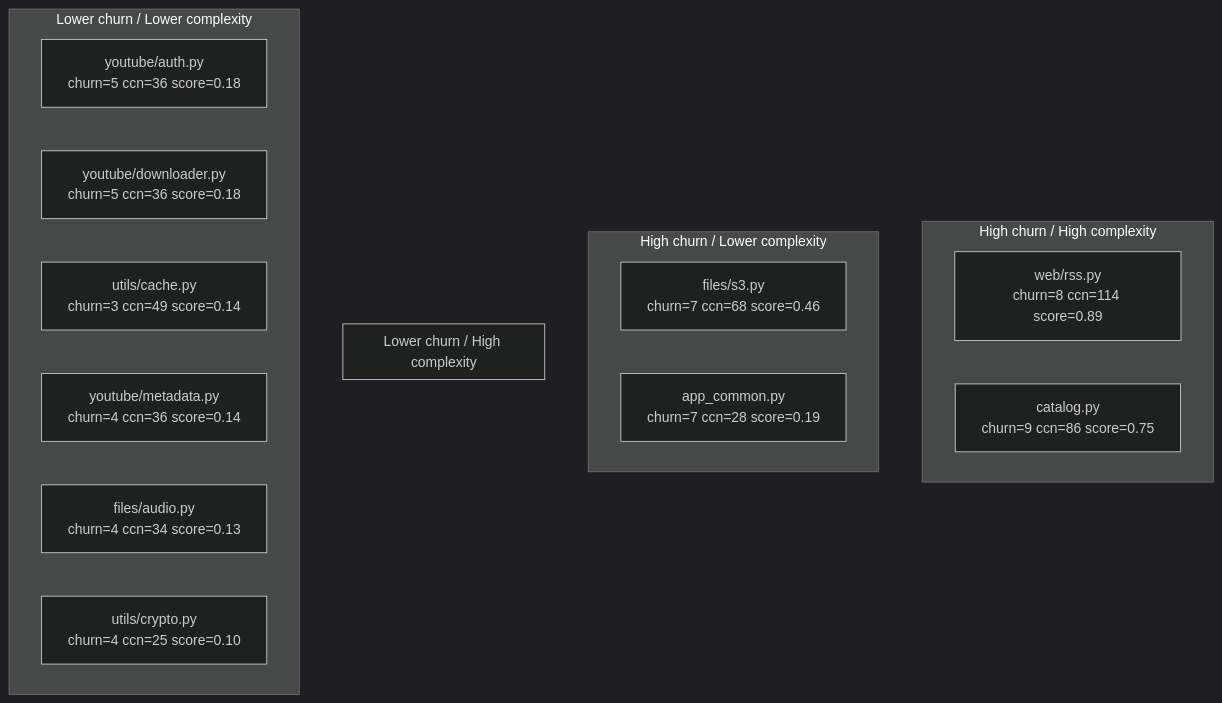
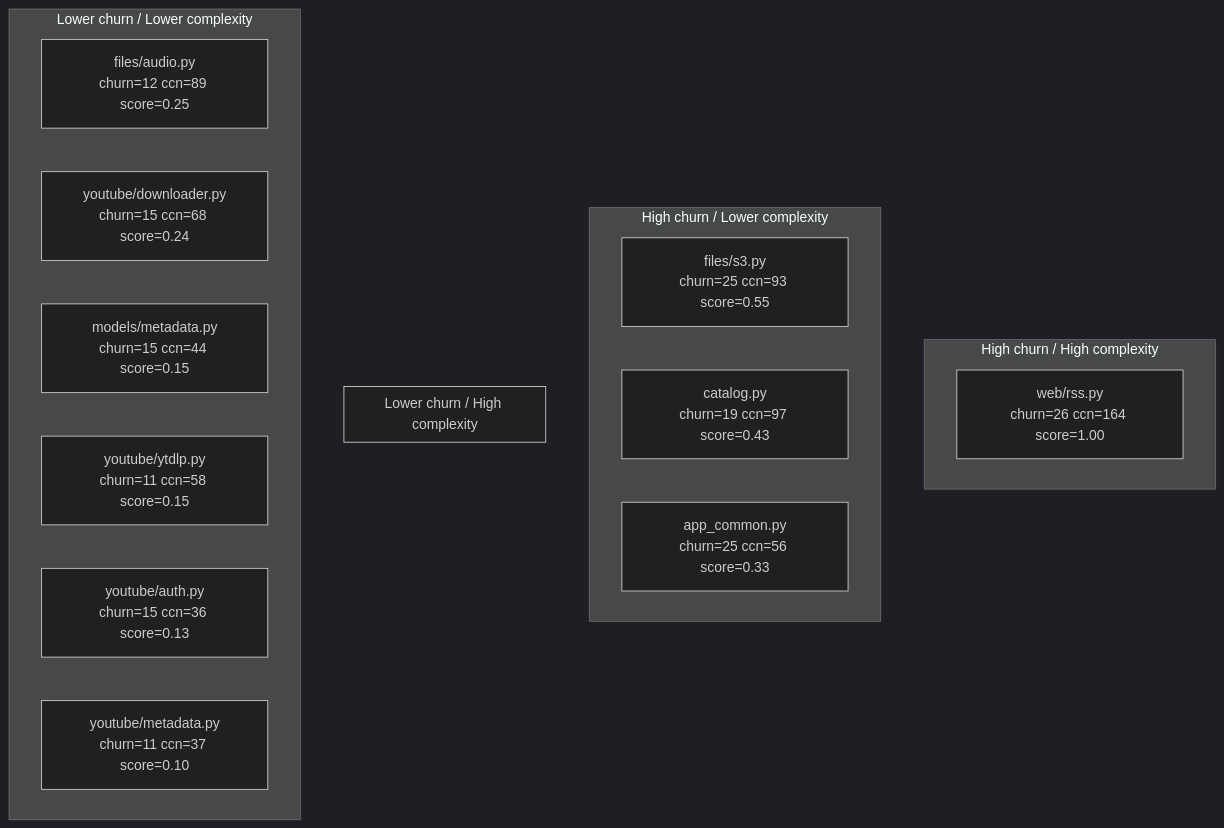
The second of 2 diagrams in docs/PLAYBOOK.md (BinaryBand/adrift), drawn with Mermaid (dark theme) before and after one commit. The commit also changed other lines of this file and 1 other file, not shown here.

Commit message:
docs: update CONTRIBUTING and PLAYBOOK with improved setup instructions and module dependency diagrams

````diff
--- a/docs/PLAYBOOK.md
+++ b/docs/PLAYBOOK.md
@@ -102,21 +171,21 @@
 ```mermaid
 graph TD
     subgraph sg_hh["High churn / High complexity"]
-        src_web_rss_py["web/rss.py\nchurn=8 ccn=114 score=0.89"]
-        src_catalog_py["catalog.py\nchurn=9 ccn=86 score=0.75"]
+        src_web_rss_py["web/rss.py\nchurn=26 ccn=164 score=1.00"]
     end
     subgraph sg_hl["High churn / Lower complexity"]
-        src_files_s3_py["files/s3.py\nchurn=7 ccn=68 score=0.46"]
-        src_app_common_py["app_common.py\nchurn=7 ccn=28 score=0.19"]
+        src_files_s3_py["files/s3.py\nchurn=25 ccn=93 score=0.55"]
+        src_catalog_py["catalog.py\nchurn=19 ccn=97 score=0.43"]
+        src_app_common_py["app_common.py\nchurn=25 ccn=56 score=0.33"]
     end
     subgraph sg_lh["Lower churn / High complexity"]
     end
     subgraph sg_ll["Lower churn / Lower complexity"]
-        src_youtube_auth_py["youtube/auth.py\nchurn=5 ccn=36 score=0.18"]
-        src_youtube_downloader_py["youtube/downloader.py\nchurn=5 ccn=36 score=0.18"]
-        src_utils_cache_py["utils/cache.py\nchurn=3 ccn=49 score=0.14"]
-        src_youtube_metadata_py["youtube/metadata.py\nchurn=4 ccn=36 score=0.14"]
-        src_files_audio_py["files/audio.py\nchurn=4 ccn=34 score=0.13"]
-        src_utils_crypto_py["utils/crypto.py\nchurn=4 ccn=25 score=0.10"]
+        src_files_audio_py["files/audio.py\nchurn=12 ccn=89 score=0.25"]
+        src_youtube_downloader_py["youtube/downloader.py\nchurn=15 ccn=68 score=0.24"]
+        src_models_metadata_py["models/metadata.py\nchurn=15 ccn=44 score=0.15"]
+        src_youtube_ytdlp_py["youtube/ytdlp.py\nchurn=11 ccn=58 score=0.15"]
+        src_youtube_auth_py["youtube/auth.py\nchurn=15 ccn=36 score=0.13"]
+        src_youtube_metadata_py["youtube/metadata.py\nchurn=11 ccn=37 score=0.10"]
     end
 ```
````
